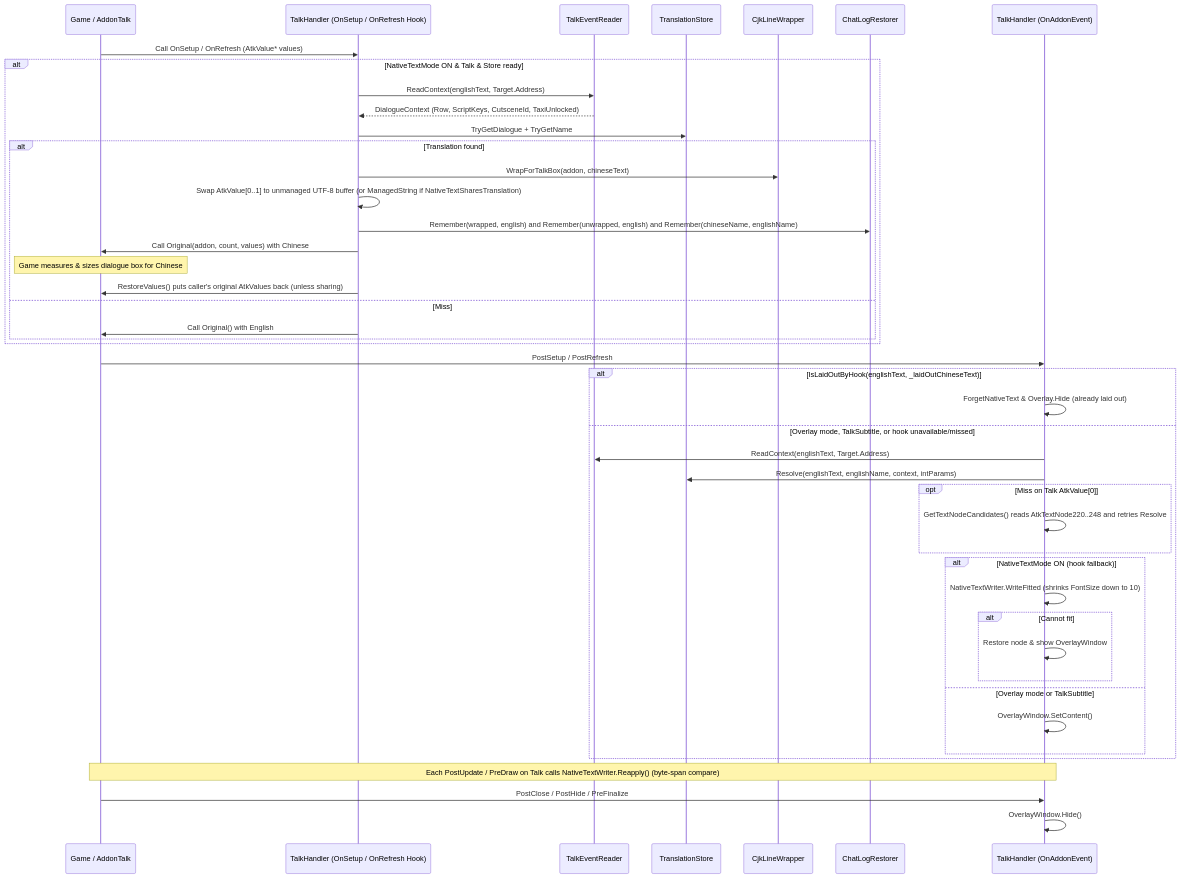
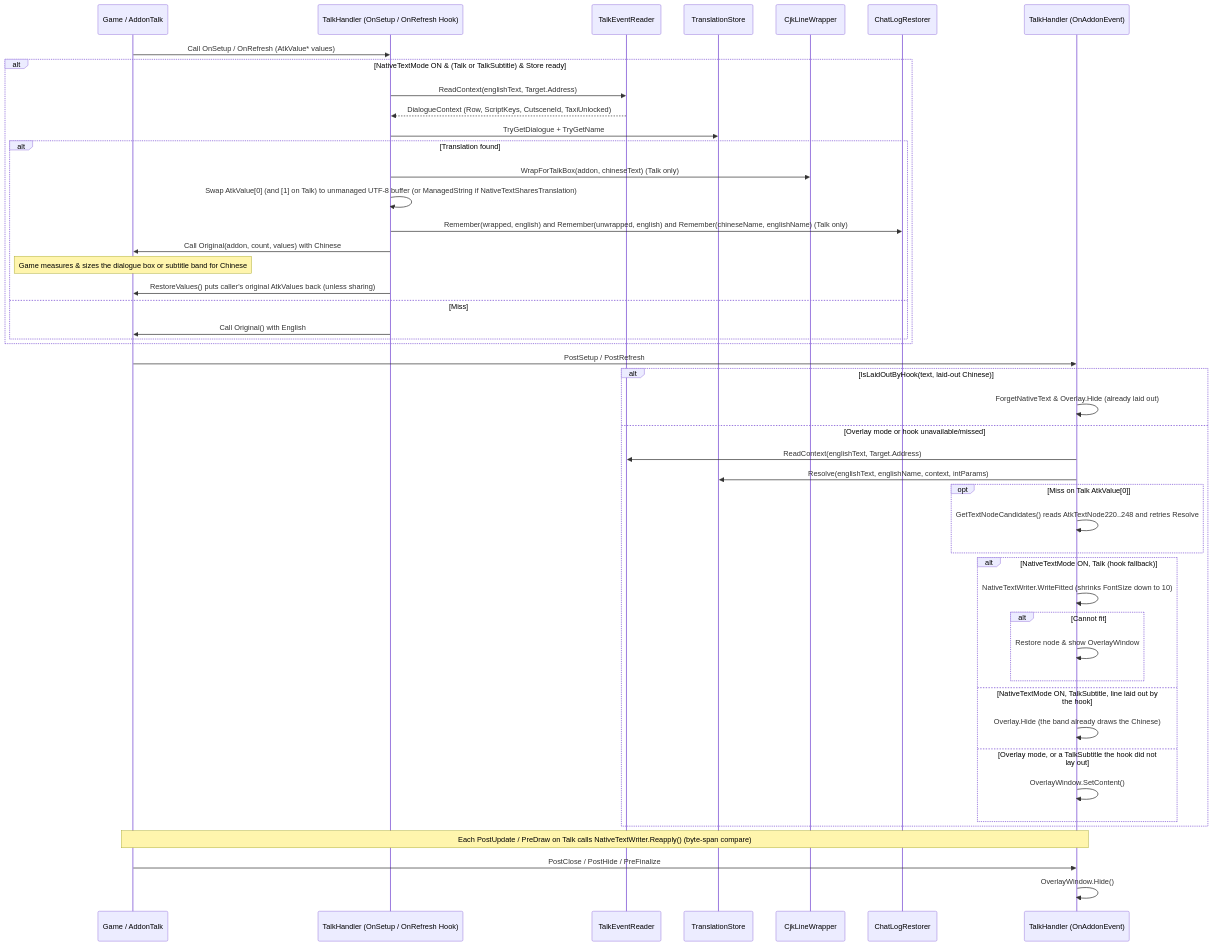
The fourth of 8 diagrams in docs/translation-workflow.md (raydenhui/Sinophone), drawn with Mermaid before and after one commit. The commit also changed other lines of this file and 9 other files, not shown here.

First line of the commit message:
feat(native-text): show TalkSubtitle in the game's own subtitle band (#200)

````diff
--- a/docs/translation-workflow.md
+++ b/docs/translation-workflow.md
@@ -229,50 +230,52 @@
 ```mermaid
 sequenceDiagram
     participant Game as Game / AddonTalk
     participant Hook as TalkHandler (OnSetup / OnRefresh Hook)
     participant Reader as TalkEventReader
     participant Store as TranslationStore
     participant Wrap as CjkLineWrapper
     participant Log as ChatLogRestorer
     participant Event as TalkHandler (OnAddonEvent)
 
     Game->>Hook: Call OnSetup / OnRefresh (AtkValue* values)
-    alt NativeTextMode ON & Talk & Store ready
+    alt NativeTextMode ON & (Talk or TalkSubtitle) & Store ready
         Hook->>Reader: ReadContext(englishText, Target.Address)
         Reader-->>Hook: DialogueContext (Row, ScriptKeys, CutsceneId, TaxiUnlocked)
         Hook->>Store: TryGetDialogue + TryGetName
         alt Translation found
-            Hook->>Wrap: WrapForTalkBox(addon, chineseText)
-            Hook->>Hook: Swap AtkValue[0..1] to unmanaged UTF-8 buffer (or ManagedString if NativeTextSharesTranslation)
-            Hook->>Log: Remember(wrapped, english) and Remember(unwrapped, english) and Remember(chineseName, englishName)
+            Hook->>Wrap: WrapForTalkBox(addon, chineseText) (Talk only)
+            Hook->>Hook: Swap AtkValue[0] (and [1] on Talk) to unmanaged UTF-8 buffer (or ManagedString if NativeTextSharesTranslation)
+            Hook->>Log: Remember(wrapped, english) and Remember(unwrapped, english) and Remember(chineseName, englishName) (Talk only)
             Hook->>Game: Call Original(addon, count, values) with Chinese
-            Note over Game: Game measures & sizes dialogue box for Chinese
+            Note over Game: Game measures & sizes the dialogue box or subtitle band for Chinese
             Hook->>Game: RestoreValues() puts caller's original AtkValues back (unless sharing)
         else Miss
             Hook->>Game: Call Original() with English
         end
     end
 
     Game->>Event: PostSetup / PostRefresh
-    alt IsLaidOutByHook(englishText, _laidOutChineseText)
+    alt IsLaidOutByHook(text, laid-out Chinese)
         Event->>Event: ForgetNativeText & Overlay.Hide (already laid out)
-    else Overlay mode, TalkSubtitle, or hook unavailable/missed
+    else Overlay mode or hook unavailable/missed
         Event->>Reader: ReadContext(englishText, Target.Address)
         Event->>Store: Resolve(englishText, englishName, context, intParams)
         opt Miss on Talk AtkValue[0]
             Event->>Event: GetTextNodeCandidates() reads AtkTextNode220..248 and retries Resolve
         end
-        alt NativeTextMode ON (hook fallback)
+        alt NativeTextMode ON, Talk (hook fallback)
             Event->>Event: NativeTextWriter.WriteFitted (shrinks FontSize down to 10)
             alt Cannot fit
                 Event->>Event: Restore node & show OverlayWindow
             end
-        else Overlay mode or TalkSubtitle
+        else NativeTextMode ON, TalkSubtitle, line laid out by the hook
+            Event->>Event: Overlay.Hide (the band already draws the Chinese)
+        else Overlay mode, or a TalkSubtitle the hook did not lay out
             Event->>Event: OverlayWindow.SetContent()
         end
     end
 
     Note over Game,Event: Each PostUpdate / PreDraw on Talk calls NativeTextWriter.Reapply() (byte-span compare)
     Game->>Event: PostClose / PostHide / PreFinalize
     Event->>Event: OverlayWindow.Hide()
 ```
````
